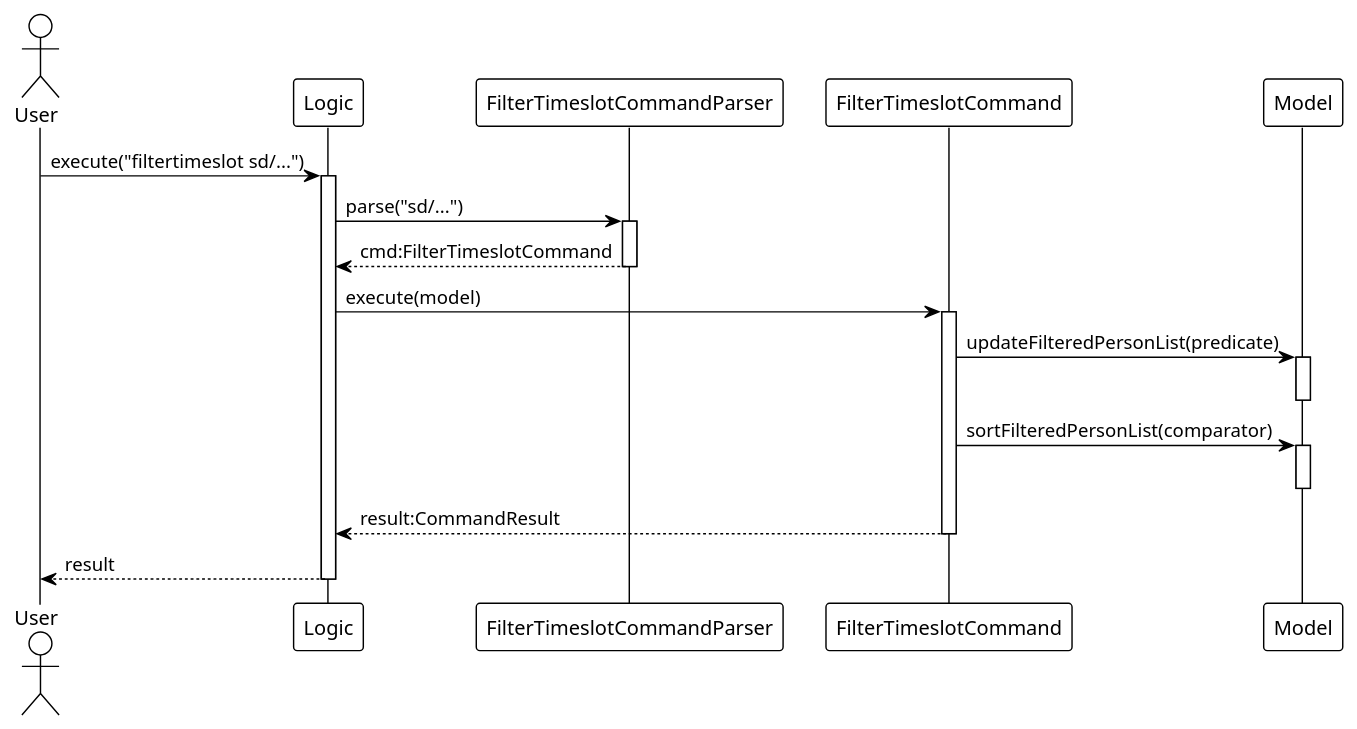
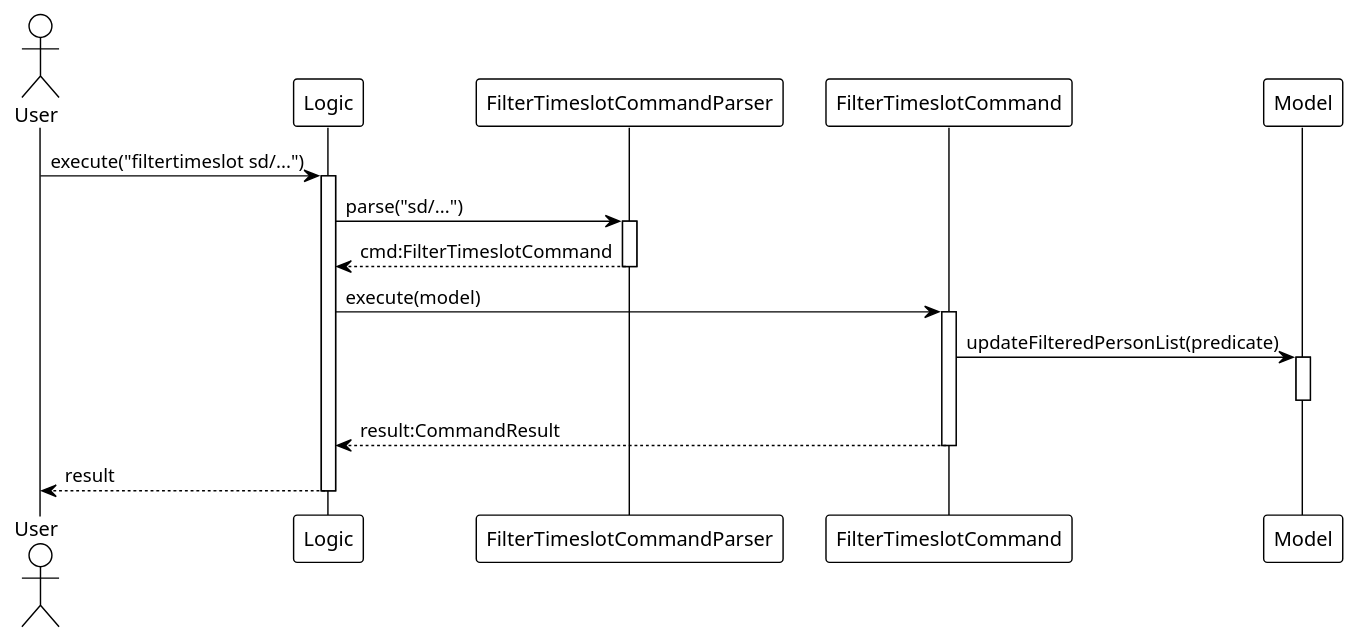
One commit to AY2526S1-CS2103T-T15-1/tp changed the diagram in docs/diagrams/FilterTimeslotSequenceDiagram.puml. Above: the diagram before and after it, drawn with PlantUML. The commit also changed 2 other files, not shown here.

```diff
--- a/docs/diagrams/FilterTimeslotSequenceDiagram.puml
+++ b/docs/diagrams/FilterTimeslotSequenceDiagram.puml
@@ -1,33 +1,27 @@
 @startuml
 !theme plain
 actor User
 participant Logic
 participant FilterTimeslotCommandParser
 participant FilterTimeslotCommand
 participant Model
 
 User -> Logic : execute("filtertimeslot sd/...")
 activate Logic
 Logic -> FilterTimeslotCommandParser : parse("sd/...")
 activate FilterTimeslotCommandParser
 Logic <-- FilterTimeslotCommandParser : cmd:FilterTimeslotCommand
 deactivate FilterTimeslotCommandParser
 
 Logic -> FilterTimeslotCommand : execute(model)
 activate FilterTimeslotCommand
 FilterTimeslotCommand -> Model : updateFilteredPersonList(predicate)
 activate Model
 deactivate Model
 
-' This next step is optional, but included in your findtag command
-' and makes sense for consistency.
-FilterTimeslotCommand -> Model : sortFilteredPersonList(comparator)
-activate Model
-deactivate Model
-
 Logic <-- FilterTimeslotCommand : result:CommandResult
 deactivate FilterTimeslotCommand
 
 User <-- Logic : result
 deactivate Logic
 @enduml
```
